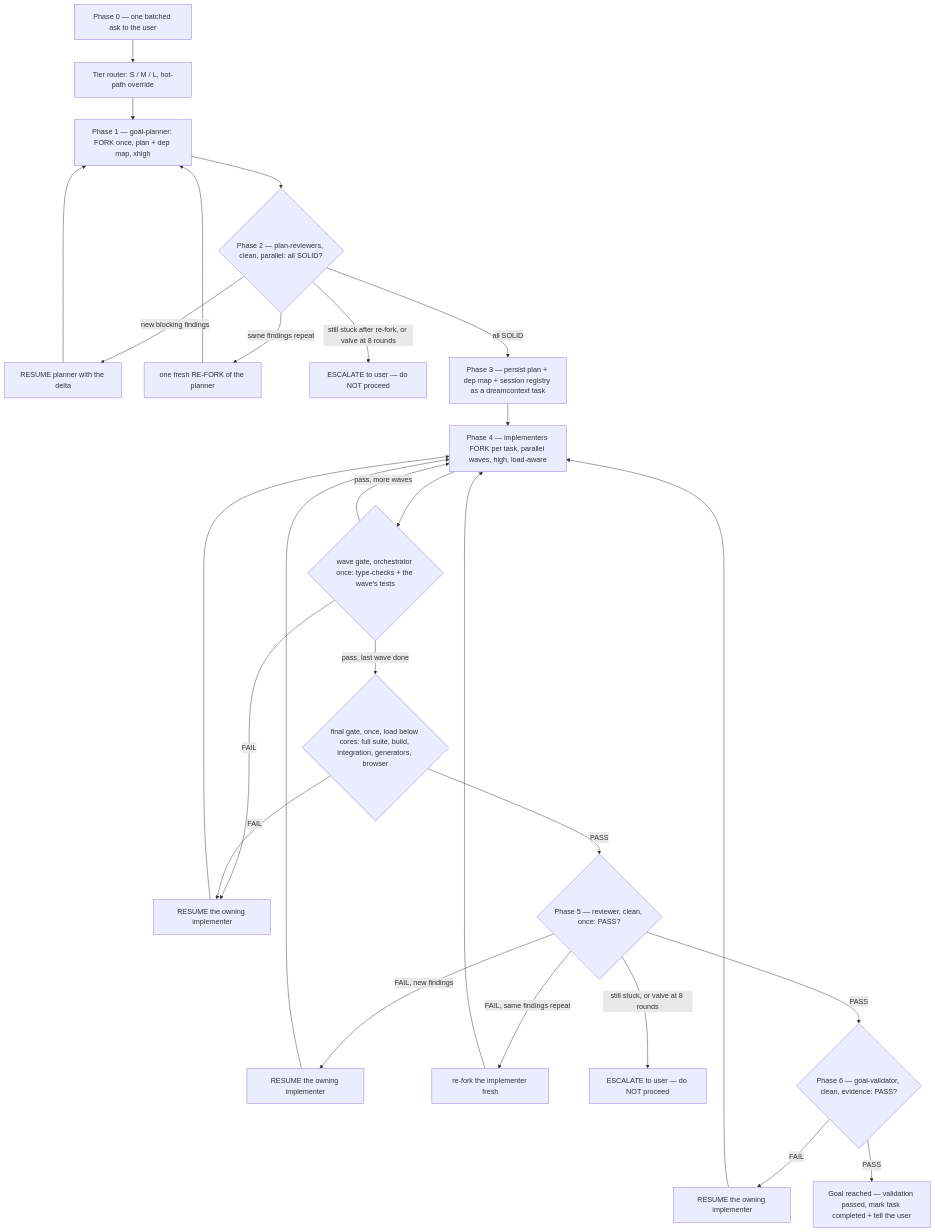
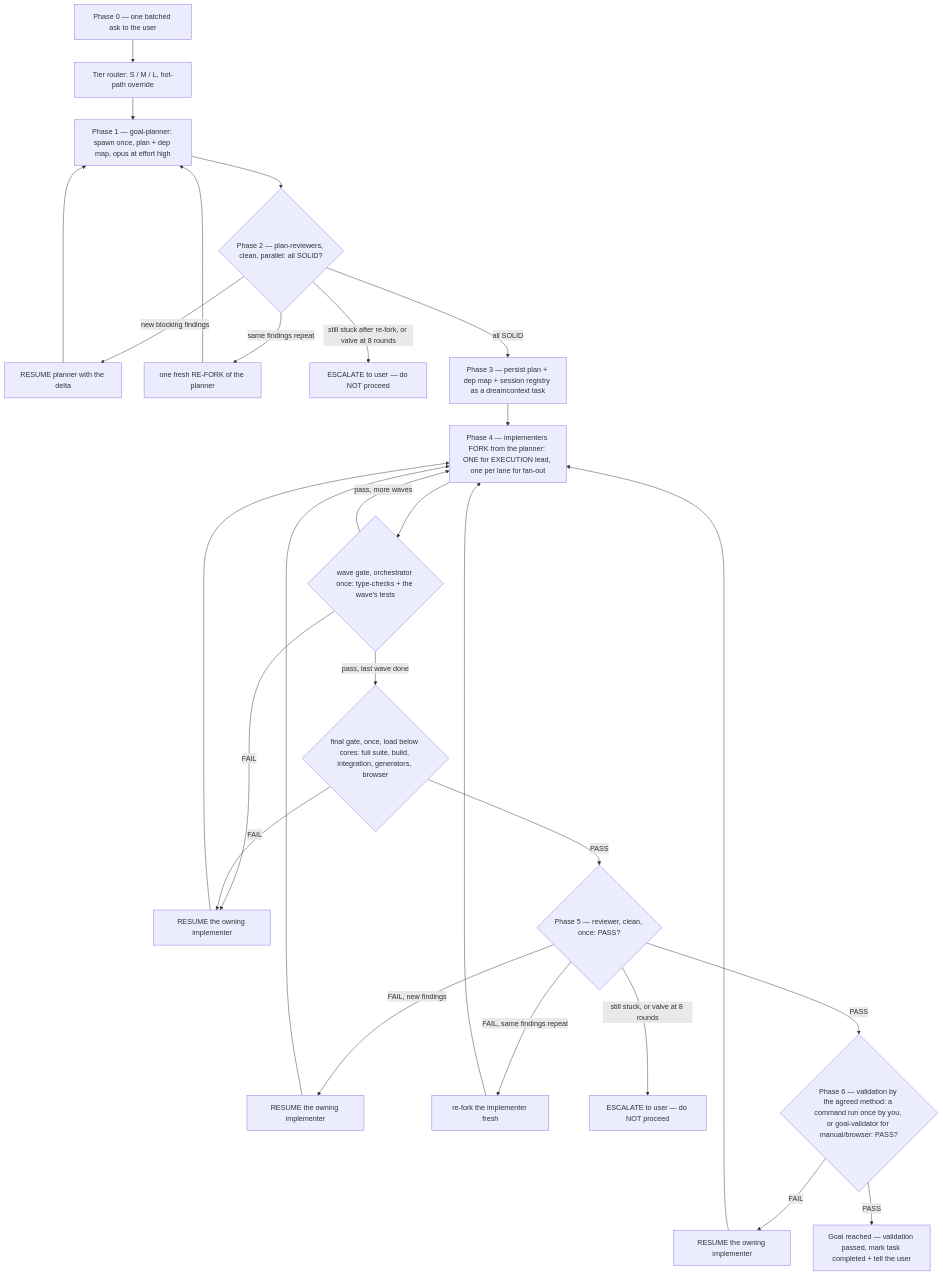
One commit to Sepi0l-brd/dreamcontext changed the diagram in skill-packs/goal-skill/SKILL.md. Above: the diagram before and after it, drawn with Mermaid. The commit also changed other lines of this file and 13 other files, not shown here.

First line of the commit message:
feat(orchestration): one doctrine for Plan, Develop and goal-skill: the plan decides how it runs, severity bounds plan review

````diff
--- a/skill-packs/goal-skill/SKILL.md
+++ b/skill-packs/goal-skill/SKILL.md
@@ -222,29 +243,29 @@
 ```mermaid
 flowchart TD
     P0[Phase 0 — one batched ask to the user] --> PT[Tier router: S / M / L, hot-path override]
-    PT --> P1[Phase 1 — goal-planner: FORK once, plan + dep map, xhigh]
+    PT --> P1[Phase 1 — goal-planner: spawn once, plan + dep map, opus at effort high]
     P1 --> P2{Phase 2 — plan-reviewers, clean, parallel: all SOLID?}
     P2 -->|new blocking findings| R1[RESUME planner with the delta]
     R1 --> P1
     P2 -->|same findings repeat| RF1[one fresh RE-FORK of the planner]
     RF1 --> P1
     P2 -->|still stuck after re-fork, or valve at 8 rounds| ESC1[ESCALATE to user — do NOT proceed]
     P2 -->|all SOLID| P3[Phase 3 — persist plan + dep map + session registry as a dreamcontext task]
-    P3 --> P4[Phase 4 — implementers FORK per task, parallel waves, high, load-aware]
+    P3 --> P4[Phase 4 — implementers FORK from the planner: ONE for EXECUTION lead, one per lane for fan-out]
     P4 --> GATE{wave gate, orchestrator once: type-checks + the wave's tests}
     GATE -->|FAIL| R2[RESUME the owning implementer]
     R2 --> P4
     GATE -->|pass, more waves| P4
     GATE -->|pass, last wave done| FG{final gate, once, load below cores: full suite, build, integration, generators, browser}
     FG -->|FAIL| R2
     FG -->|PASS| P5{Phase 5 — reviewer, clean, once: PASS?}
     P5 -->|FAIL, new findings| R3[RESUME the owning implementer]
     R3 --> P4
     P5 -->|FAIL, same findings repeat| RF2[re-fork the implementer fresh]
     RF2 --> P4
     P5 -->|still stuck, or valve at 8 rounds| ESC2[ESCALATE to user — do NOT proceed]
-    P5 -->|PASS| P6{Phase 6 — goal-validator, clean, evidence: PASS?}
+    P5 -->|PASS| P6{Phase 6 — validation by the agreed method: a command run once by you, or goal-validator for manual/browser: PASS?}
     P6 -->|FAIL| R4[RESUME the owning implementer]
     R4 --> P4
     P6 -->|PASS| DONE[Goal reached — validation passed, mark task completed + tell the user]
 ```
````
